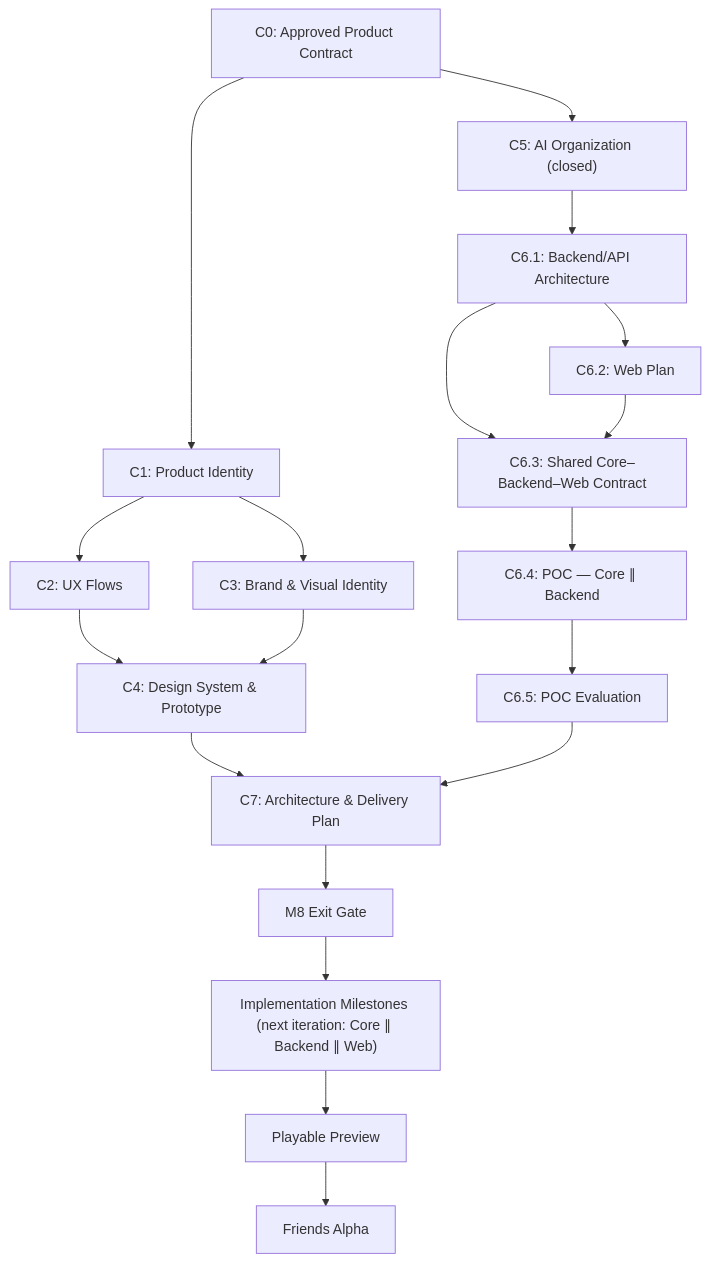
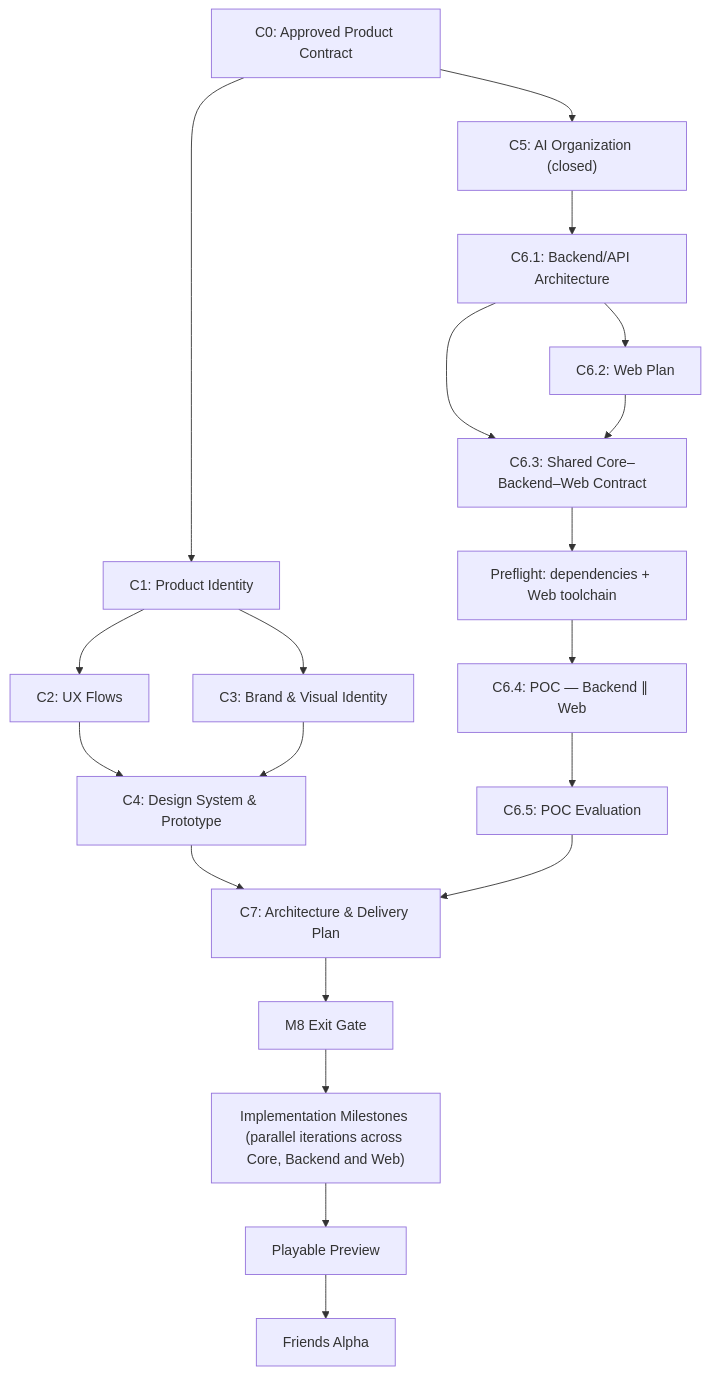
One commit to zivstein/go-poker changed the diagram in docs/milestones/M8_PLAN.md. Above: the diagram before and after it, drawn with Mermaid. The commit also changed other lines of this file and 6 other files, not shown here.

Commit message:
M8 | C6.1: record backend architecture plan and accept ADR 0008

````diff
--- a/docs/milestones/M8_PLAN.md
+++ b/docs/milestones/M8_PLAN.md
@@ -28,37 +28,39 @@
 ```mermaid
 flowchart TD
     C0["C0: Approved Product Contract"]
     C1["C1: Product Identity"]
     C2["C2: UX Flows"]
     C3["C3: Brand & Visual Identity"]
     C4["C4: Design System & Prototype"]
     C5["C5: AI Organization (closed)"]
     C61["C6.1: Backend/API Architecture"]
     C62["C6.2: Web Plan"]
     C63["C6.3: Shared Core–Backend–Web Contract"]
-    C64["C6.4: POC — Core ∥ Backend"]
+    PF["Preflight: dependencies + Web toolchain"]
+    C64["C6.4: POC — Backend ∥ Web"]
     C65["C6.5: POC Evaluation"]
     C7["C7: Architecture & Delivery Plan"]
     G["M8 Exit Gate"]
-    I["Implementation Milestones (next iteration: Core ∥ Backend ∥ Web)"]
+    I["Implementation Milestones (parallel iterations across Core, Backend and Web)"]
     P["Playable Preview"]
     F["Friends Alpha"]
     C0 --> C1
     C0 --> C5
     C1 --> C2
     C1 --> C3
     C2 --> C4
     C3 --> C4
     C5 --> C61
     C61 --> C62
     C61 --> C63
     C62 --> C63
-    C63 --> C64
+    C63 --> PF
+    PF --> C64
     C64 --> C65
     C4 --> C7
     C65 --> C7
     C7 --> G
     G --> I
     I --> P
     P --> F
 ```
````
